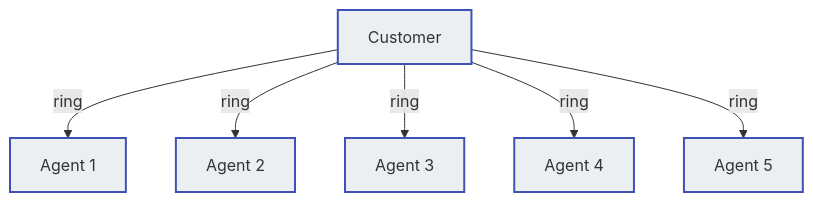
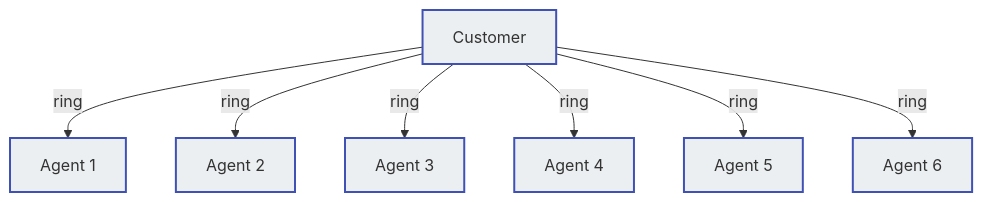
One commit to connexcs/docs changed the first of 3 diagrams in docs/class5/creating-group.md. Above: the diagram before and after it, drawn with Mermaid. The commit also changed other lines of this file, not shown here.

````diff
--- a/docs/class5/creating-group.md
+++ b/docs/class5/creating-group.md
@@ -13,14 +13,16 @@
 ```mermaid
 graph TD
 A[Customer] -->|ring| B[Agent 1]
 A[Customer] -->|ring| C[Agent 2]
 A[Customer] -->|ring| D[Agent 3]
 A[Customer] -->|ring| E[Agent 4]
 A[Customer] -->|ring| F[Agent 5]
+A[Customer] -->|ring| G[Agent 6]
 style A fill:#ECEFF1,stroke:#4051b5,stroke-width:2px
 style B fill:#ECEFF1,stroke:#4051b5,stroke-width:2px
 style C fill:#ECEFF1,stroke:#4051b5,stroke-width:2px
 style D fill:#ECEFF1,stroke:#4051b5,stroke-width:2px
 style E fill:#ECEFF1,stroke:#4051b5,stroke-width:2px
 style F fill:#ECEFF1,stroke:#4051b5,stroke-width:2px
+style G fill:#ECEFF1,stroke:#4051b5,stroke-width:2px
 ```
````
